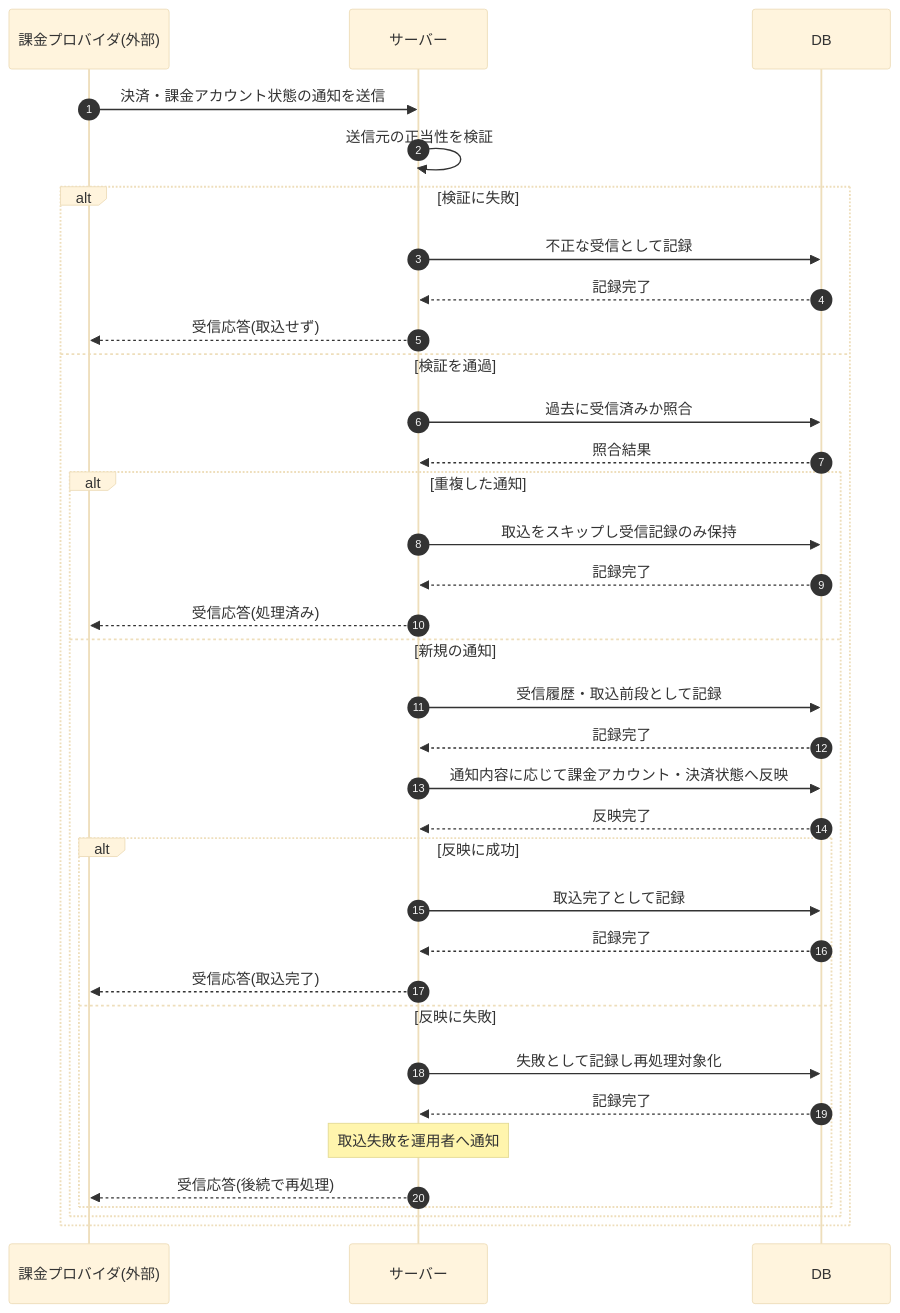
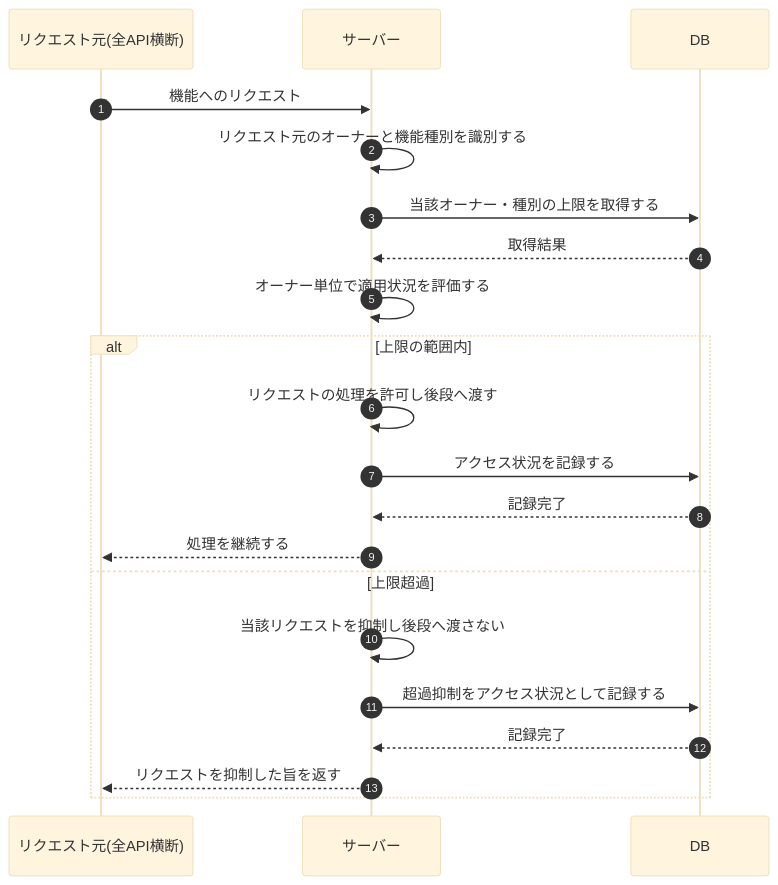
Before and after one commit to sikakou54/open-faq: the diagram in 02_basic_design/03_sequences/SEQ-113.md, drawn with Mermaid (base theme). The commit also changed other lines of this file and 395 other files, not shown here.

````diff
--- a/02_basic_design/03_sequences/SEQ-113.md
+++ b/02_basic_design/03_sequences/SEQ-113.md
@@ -25,38 +25,23 @@
 ```mermaid
 sequenceDiagram
   autonumber
-  participant EXT as 課金プロバイダ(外部)
+  participant Caller as リクエスト元(全API横断)
   participant Server as サーバー
   participant DB as DB
-
-  EXT->>Server: 決済・課金アカウント状態の通知を送信
-  Server->>Server: 送信元の正当性を検証
-  alt 検証に失敗
-    Server->>DB: 不正な受信として記録
+  Caller->>Server: 機能へのリクエスト
+  Server->>Server: リクエスト元のオーナーと機能種別を識別する
+  Server->>DB: 当該オーナー・種別の上限を取得する
+  DB-->>Server: 取得結果
+  Server->>Server: オーナー単位で適用状況を評価する
+  alt 上限の範囲内
+    Server->>Server: リクエストの処理を許可し後段へ渡す
+    Server->>DB: アクセス状況を記録する
     DB-->>Server: 記録完了
-    Server-->>EXT: 受信応答(取込せず)
-  else 検証を通過
-    Server->>DB: 過去に受信済みか照合
-    DB-->>Server: 照合結果
-    alt 重複した通知
-      Server->>DB: 取込をスキップし受信記録のみ保持
-      DB-->>Server: 記録完了
-      Server-->>EXT: 受信応答(処理済み)
-    else 新規の通知
-      Server->>DB: 受信履歴・取込前段として記録
-      DB-->>Server: 記録完了
-      Server->>DB: 通知内容に応じて課金アカウント・決済状態へ反映
-      DB-->>Server: 反映完了
-      alt 反映に成功
-        Server->>DB: 取込完了として記録
-        DB-->>Server: 記録完了
-        Server-->>EXT: 受信応答(取込完了)
-      else 反映に失敗
-        Server->>DB: 失敗として記録し再処理対象化
-        DB-->>Server: 記録完了
-        Note over Server: 取込失敗を運用者へ通知
-        Server-->>EXT: 受信応答(後続で再処理)
-      end
-    end
+    Server-->>Caller: 処理を継続する
+  else 上限超過
+    Server->>Server: 当該リクエストを抑制し後段へ渡さない
+    Server->>DB: 超過抑制をアクセス状況として記録する
+    DB-->>Server: 記録完了
+    Server-->>Caller: リクエストを抑制した旨を返す
   end
 ```
````
